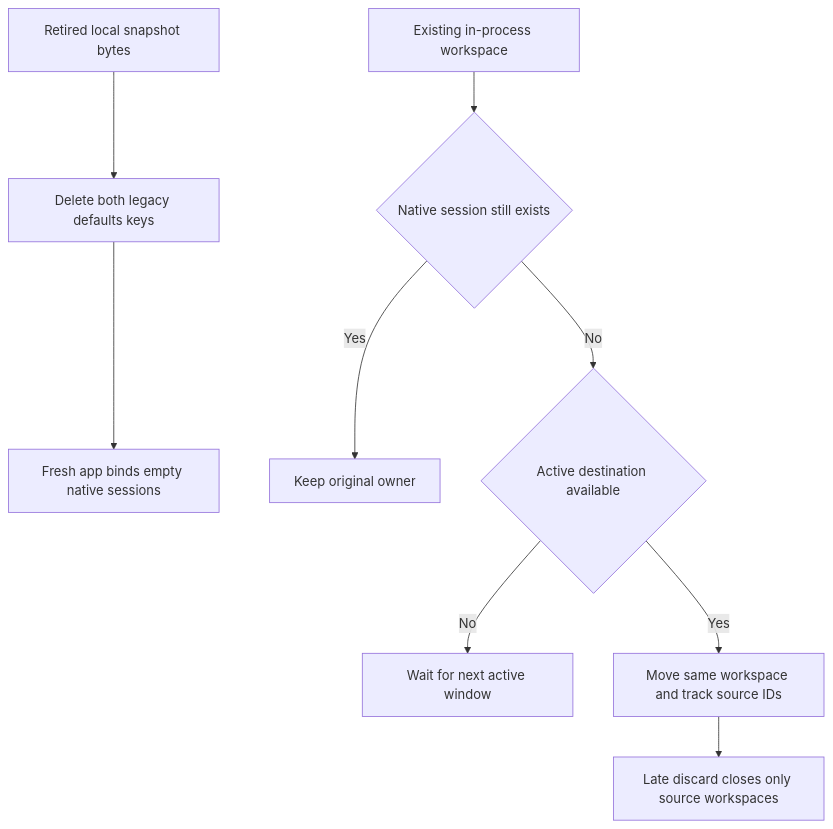
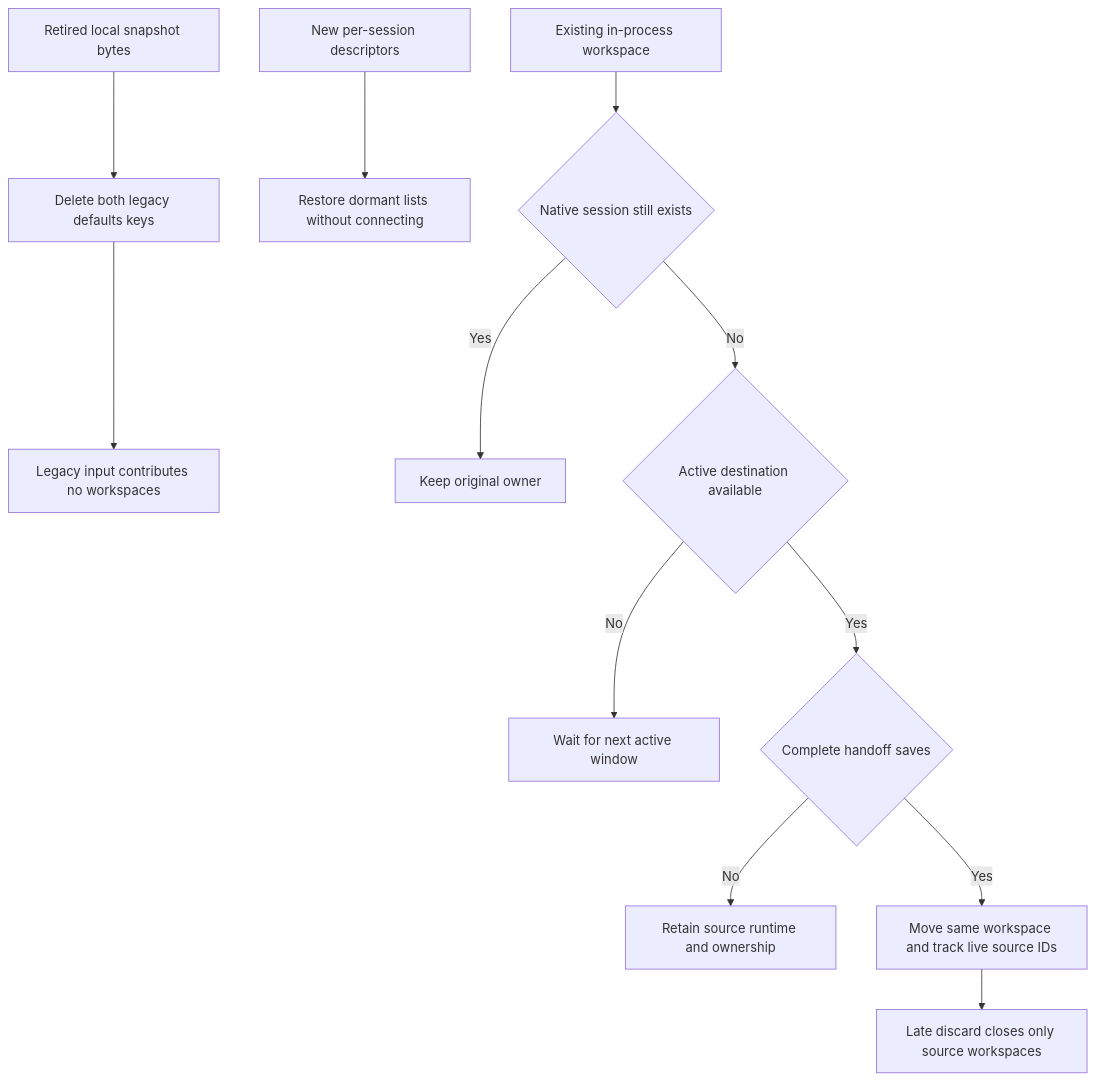
The fourth of 5 diagrams in openwiki/testing/behavioral-boundaries-and-fixtures.md (AkinoKaede/Termind), drawn with Mermaid before and after one commit. The commit also changed other lines of this file and 61 other files, not shown here.

````diff
--- a/openwiki/testing/behavioral-boundaries-and-fixtures.md
+++ b/openwiki/testing/behavioral-boundaries-and-fixtures.md
@@ -390,11 +406,14 @@
 ```mermaid
 flowchart TD
     Bytes["Retired local snapshot bytes"] --> Retire["Delete both legacy defaults keys"]
-    Retire --> Cold["Fresh app binds empty native sessions"]
+    Retire --> Cold["Legacy input contributes no workspaces"]
+    Saved["New per-session descriptors"] --> Dormant["Restore dormant lists without connecting"]
     Live["Existing in-process workspace"] --> Native{"Native session still exists"}
     Native -->|Yes| Keep["Keep original owner"]
     Native -->|No| Target{"Active destination available"}
     Target -->|No| Wait["Wait for next active window"]
-    Target -->|Yes| Move["Move same workspace and track source IDs"]
+    Target -->|Yes| Save{"Complete handoff saves"}
+    Save -->|No| Retain["Retain source runtime and ownership"]
+    Save -->|Yes| Move["Move same workspace and track live source IDs"]
     Move --> Discard["Late discard closes only source workspaces"]
 ```
````
